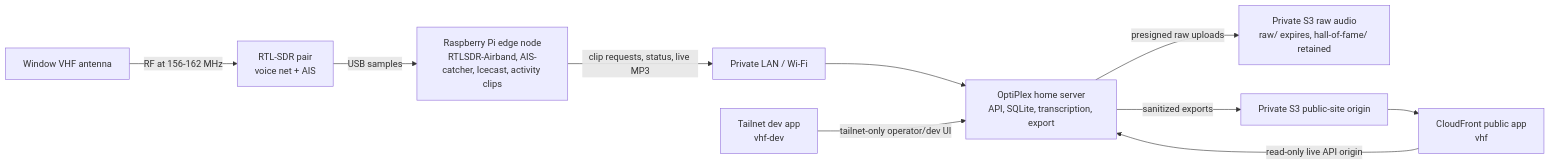
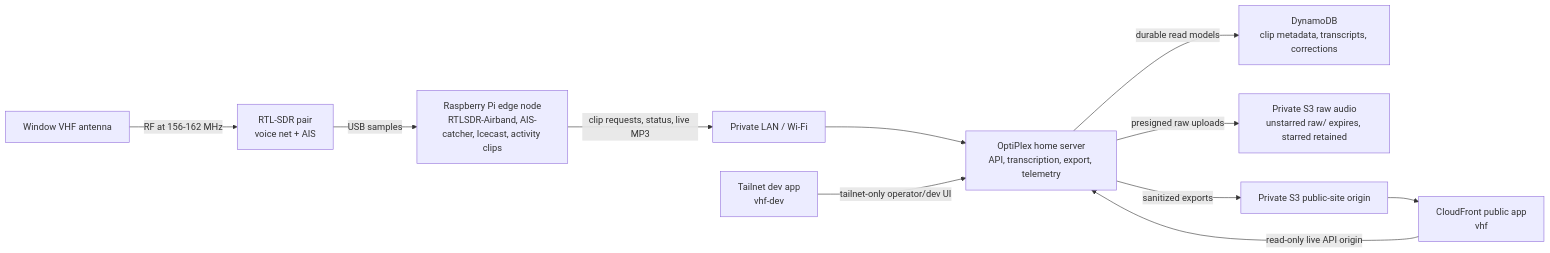
Before and after one commit to boscacci/vhf-seattle: the diagram in docs/hardware-guide.md, drawn with Mermaid. The commit also changed other lines of this file and 38 other files, not shown here.

Commit message:
Move clip state to durable cloud store

````diff
--- a/docs/hardware-guide.md
+++ b/docs/hardware-guide.md
@@ -10,22 +10,24 @@
 ```mermaid
 flowchart LR
   antenna["Window VHF antenna"]
   sdr["RTL-SDR pair<br/>voice net + AIS"]
   pi["Raspberry Pi edge node<br/>RTLSDR-Airband, AIS-catcher, Icecast, activity clips"]
   lan["Private LAN / Wi-Fi"]
-  optiplex["OptiPlex home server<br/>API, SQLite, transcription, export"]
-  s3raw["Private S3 raw audio<br/>raw/ expires, hall-of-fame/ retained"]
+  optiplex["OptiPlex home server<br/>API, transcription, export, telemetry"]
+  ddb["DynamoDB<br/>clip metadata, transcripts, corrections"]
+  s3raw["Private S3 raw audio<br/>unstarred raw/ expires, starred retained"]
   s3site["Private S3 public-site origin"]
   public["CloudFront public app<br/>vhf"]
   dev["Tailnet dev app<br/>vhf-dev"]
 
   antenna -->|RF at 156-162 MHz| sdr
   sdr -->|USB samples| pi
   pi -->|clip requests, status, live MP3| lan
   lan --> optiplex
+  optiplex -->|durable read models| ddb
   optiplex -->|presigned raw uploads| s3raw
   optiplex -->|sanitized exports| s3site
   s3site --> public
   public -->|read-only live API origin| optiplex
   dev -->|tailnet-only operator/dev UI| optiplex
 ```
````
